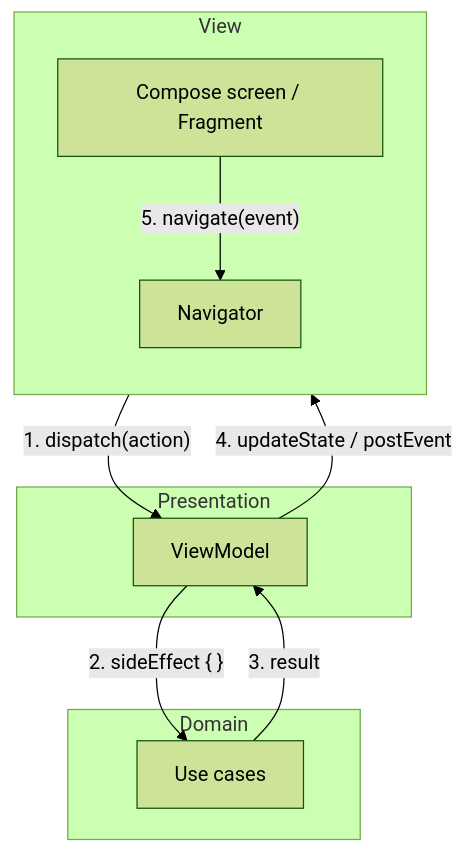
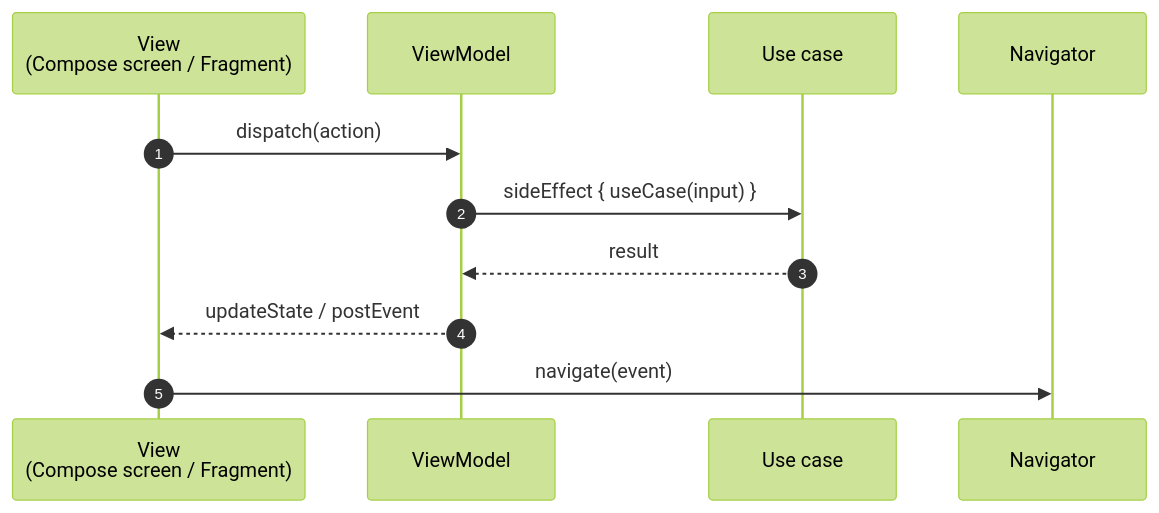
The first of 2 diagrams in docs/concepts/architecture.md (carmabs/Ema), drawn with Mermaid (forest theme) before and after one commit. The commit also changed 11 other files, not shown here.

First line of the commit message:
Redraw the diagrams without crossing arrows

````diff
--- a/docs/concepts/architecture.md
+++ b/docs/concepts/architecture.md
@@ -5,19 +5,13 @@
 ```mermaid
-flowchart TB
-    subgraph View
-        direction TB
-        F[Compose screen / Fragment]
-        NV[Navigator]
-    end
-    subgraph Presentation
-        VM[ViewModel]
-    end
-    subgraph Domain
-        UC[Use cases]
-    end
-    F -- "1. dispatch(action)" --> VM
-    VM -- "2. sideEffect { }" --> UC
-    UC -- "3. result" --> VM
-    VM -- "4. updateState / postEvent" --> F
-    F -- "5. navigate(event)" --> NV
+sequenceDiagram
+    autonumber
+    participant V as View<br/>(Compose screen / Fragment)
+    participant VM as ViewModel
+    participant UC as Use case
+    participant N as Navigator
+    V->>VM: dispatch(action)
+    VM->>UC: sideEffect { useCase(input) }
+    UC-->>VM: result
+    VM-->>V: updateState / postEvent
+    V->>N: navigate(event)
 ```
````
